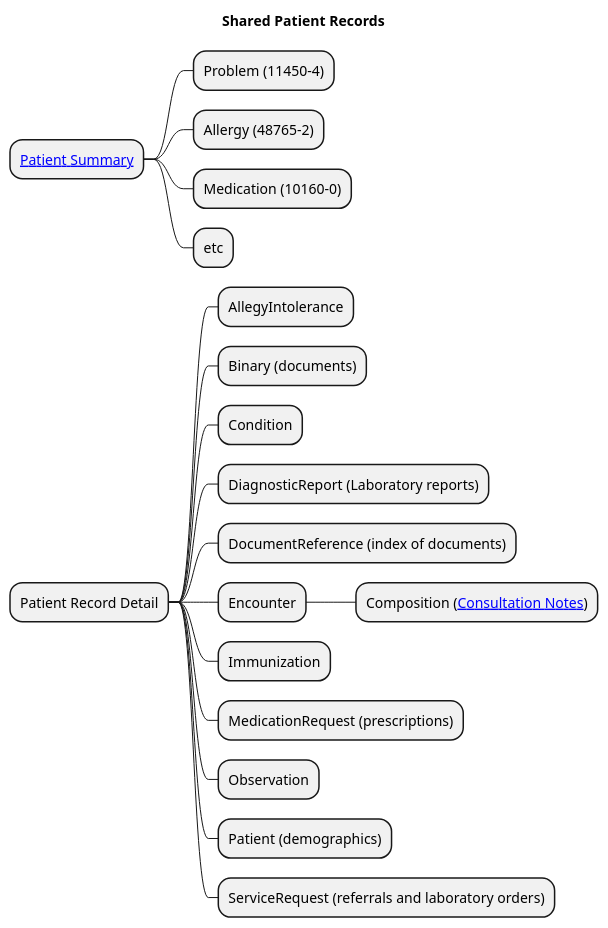
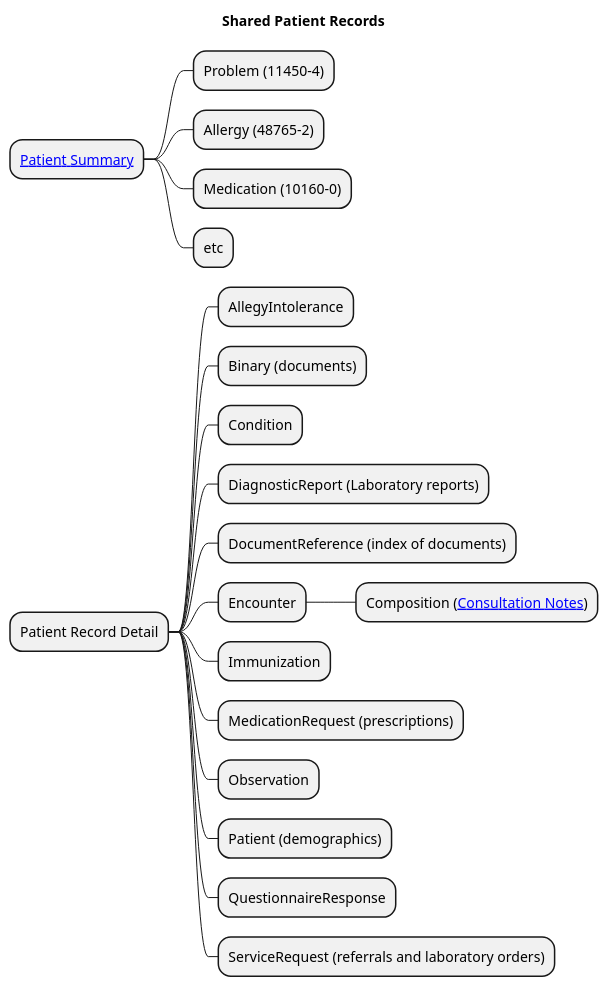
The diagram in input/images-source/shared-patient-records-mindmap.plantuml (Virtually-Healthcare/virtually-healthcare.github.com), drawn with PlantUML before and after one commit.

Commit message:
Shared Patient Record

```diff
--- a/input/images-source/shared-patient-records-mindmap.plantuml
+++ b/input/images-source/shared-patient-records-mindmap.plantuml
@@ -1,25 +1,25 @@
 @startmindmap
 
 title "Shared Patient Records"
 
 * [[StructureDefinition-PatientSummary.html Patient Summary]]
 ** Problem (11450-4)
 ** Allergy (48765-2)
 ** Medication (10160-0)
 ** etc
 * Patient Record Detail
 ** AllegyIntolerance
 ** Binary (documents)
 ** Condition
 ** DiagnosticReport (Laboratory reports)
 ** DocumentReference (index of documents)
 ** Encounter
 *** Composition ([[StructureDefinition-ConsulationNote.html Consultation Notes]])
 ** Immunization
 ** MedicationRequest (prescriptions)
 ** Observation
 ** Patient (demographics)
+** QuestionnaireResponse
 ** ServiceRequest (referrals and laboratory orders)
 
-
 @endtmindmap
```
